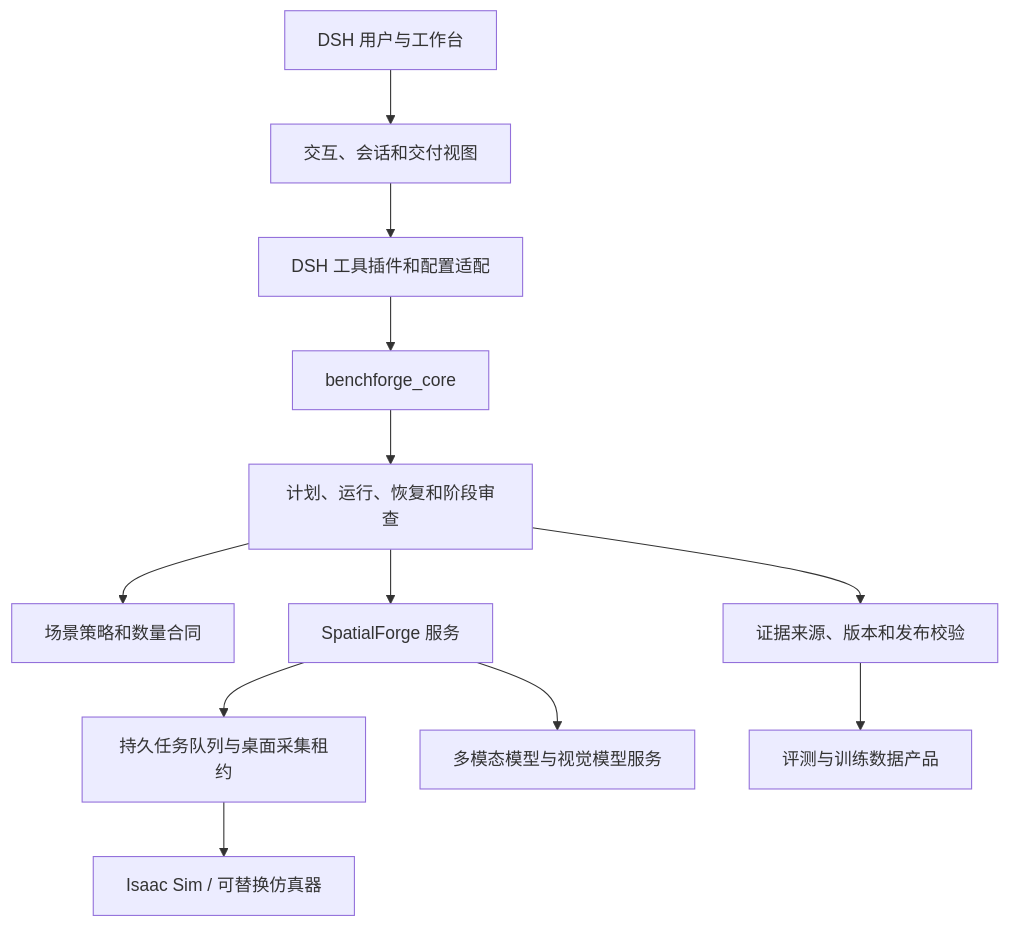
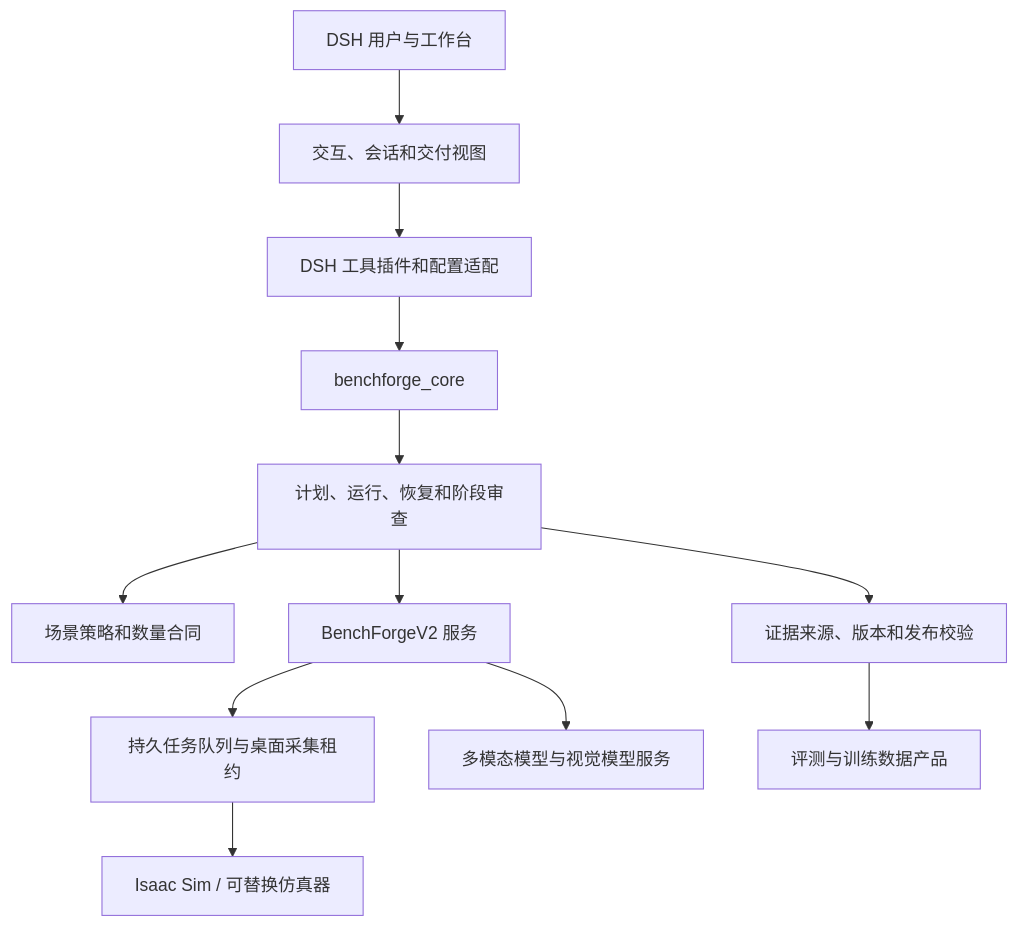
Before and after one commit to EurecaMoment/BenchForgeV2: the diagram in docs/ARCHITECTURE_AND_ROADMAP.zh-CN.md, drawn with Mermaid. The commit also changed other lines of this file and 55 other files, not shown here.

Commit message:
Unify BenchForge product names while retaining legacy session contracts

````diff
--- a/docs/ARCHITECTURE_AND_ROADMAP.zh-CN.md
+++ b/docs/ARCHITECTURE_AND_ROADMAP.zh-CN.md
@@ -7,22 +7,22 @@
 ```mermaid
 flowchart TB
   User[DSH 用户与工作台]
   UI[交互、会话和交付视图]
   Plugin[DSH 工具插件和配置适配]
   Core[benchforge_core]
   Pipeline[计划、运行、恢复和阶段审查]
   Policy[场景策略和数量合同]
   Evidence[证据来源、版本和发布校验]
-  SF[SpatialForge 服务]
+  SF[BenchForgeV2 服务]
   Queue[持久任务队列与桌面采集租约]
   Sim[Isaac Sim / 可替换仿真器]
   Models[多模态模型与视觉模型服务]
   Product[评测与训练数据产品]
   User --> UI --> Plugin --> Core
   Core --> Pipeline
   Pipeline --> Policy
   Pipeline --> SF
   SF --> Queue --> Sim
   SF --> Models
   Pipeline --> Evidence --> Product
 ```
````
